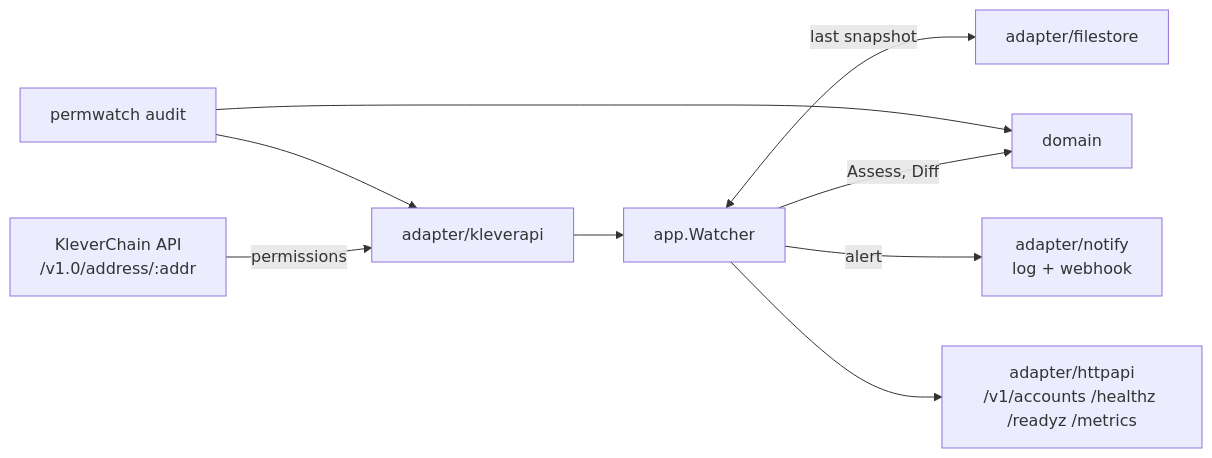
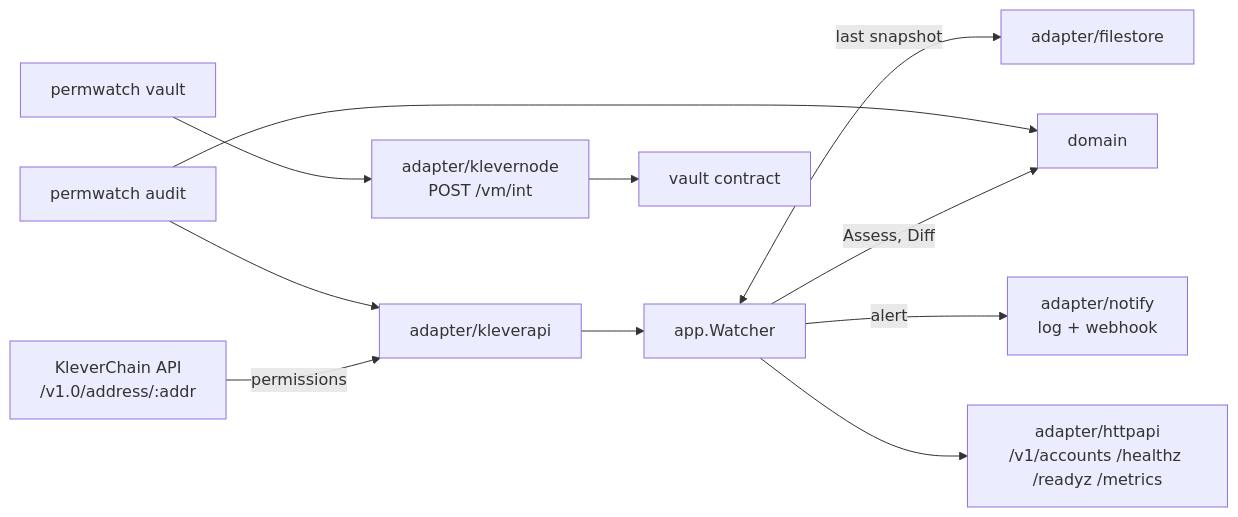
One commit to Amadeus-22/permwatch changed the diagram in README.md. Above: the diagram before and after it, drawn with Mermaid. The commit also changed other lines of this file and 8 other files, not shown here.

````diff
--- a/README.md
+++ b/README.md
@@ -52,11 +56,12 @@
 ```mermaid
 flowchart LR
     API[KleverChain API<br/>/v1.0/address/:addr] -->|permissions| K[adapter/kleverapi]
     K --> W[app.Watcher]
     W -->|Assess, Diff| D[domain]
     W <-->|last snapshot| F[adapter/filestore]
     W -->|alert| N[adapter/notify<br/>log + webhook]
     W --> H[adapter/httpapi<br/>/v1/accounts /healthz /readyz /metrics]
     CLI[permwatch audit] --> K
     CLI --> D
+    V[permwatch vault] --> NODE[adapter/klevernode<br/>POST /vm/int] --> SC[vault contract]
 ```
````
